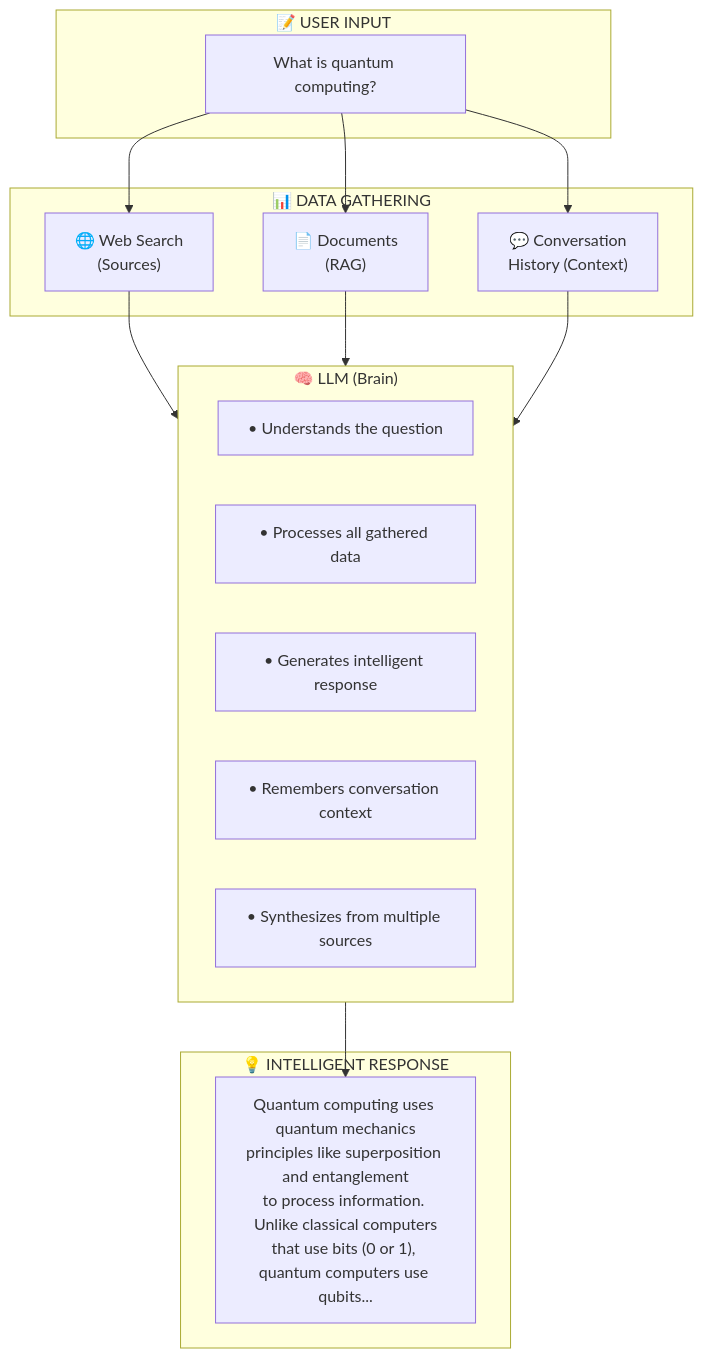
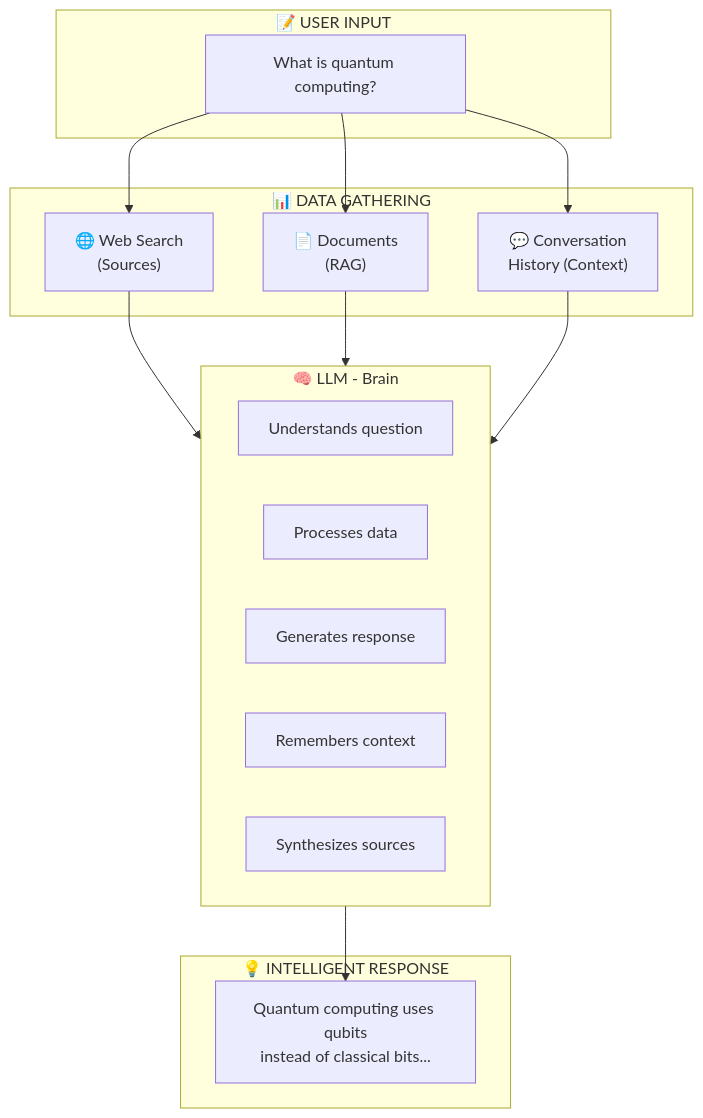
Before and after one commit to iOSRajaramMohanty/letstalkAI: the third of 3 diagrams in README.md, drawn with Mermaid.

Commit message:
docs: Fix LLM diagram text truncation
Made-with: Cursor

````diff
--- a/README.md
+++ b/README.md
@@ -159,34 +159,34 @@
 ```mermaid
 flowchart TB
     subgraph UserInput["📝 USER INPUT"]
         Q["What is quantum computing?"]
     end
     
     subgraph DataGathering["📊 DATA GATHERING"]
         WS["🌐 Web Search<br/>(Sources)"]
         DOC["📄 Documents<br/>(RAG)"]
         HIST["💬 Conversation<br/>History (Context)"]
     end
     
-    subgraph LLMBrain["🧠 LLM (Brain)"]
-        L1["• Understands the question"]
-        L2["• Processes all gathered data"]
-        L3["• Generates intelligent response"]
-        L4["• Remembers conversation context"]
-        L5["• Synthesizes from multiple sources"]
+    subgraph LLMBrain["🧠 LLM - Brain"]
+        L1["Understands question"]
+        L2["Processes data"]
+        L3["Generates response"]
+        L4["Remembers context"]
+        L5["Synthesizes sources"]
     end
     
     subgraph Response["💡 INTELLIGENT RESPONSE"]
-        R["Quantum computing uses quantum mechanics<br/>principles like superposition and entanglement<br/>to process information. Unlike classical computers<br/>that use bits (0 or 1), quantum computers use qubits..."]
+        R["Quantum computing uses qubits<br/>instead of classical bits..."]
     end
     
     Q --> WS
     Q --> DOC
     Q --> HIST
     
     WS --> LLMBrain
     DOC --> LLMBrain
     HIST --> LLMBrain
     
     LLMBrain --> R
 ```
````
